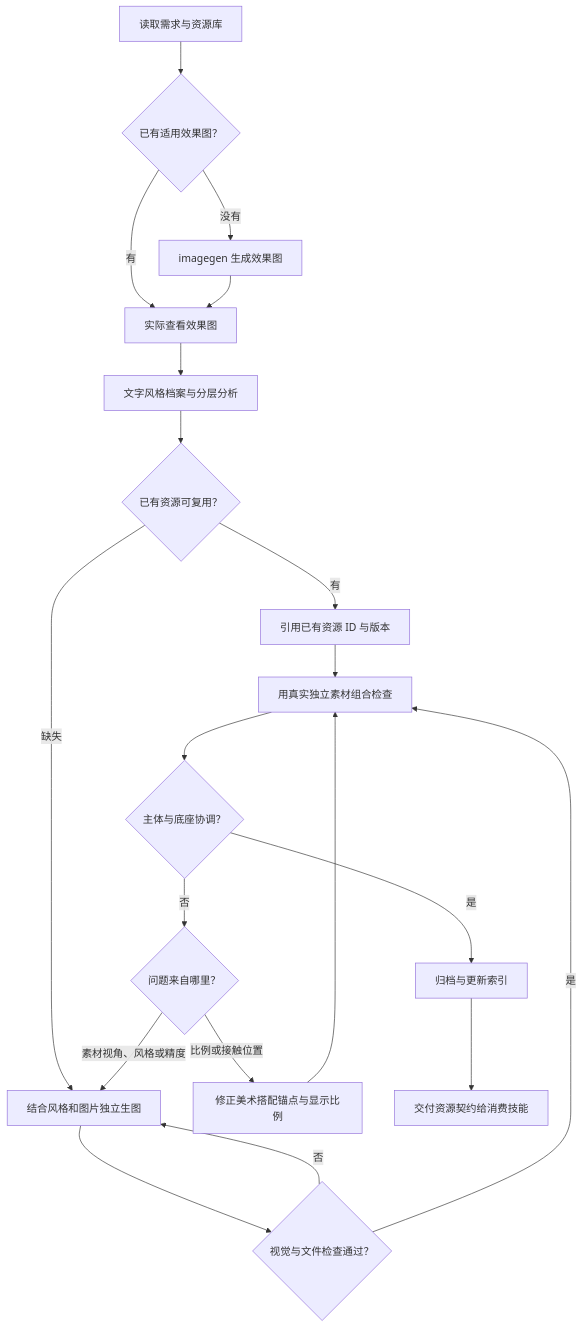
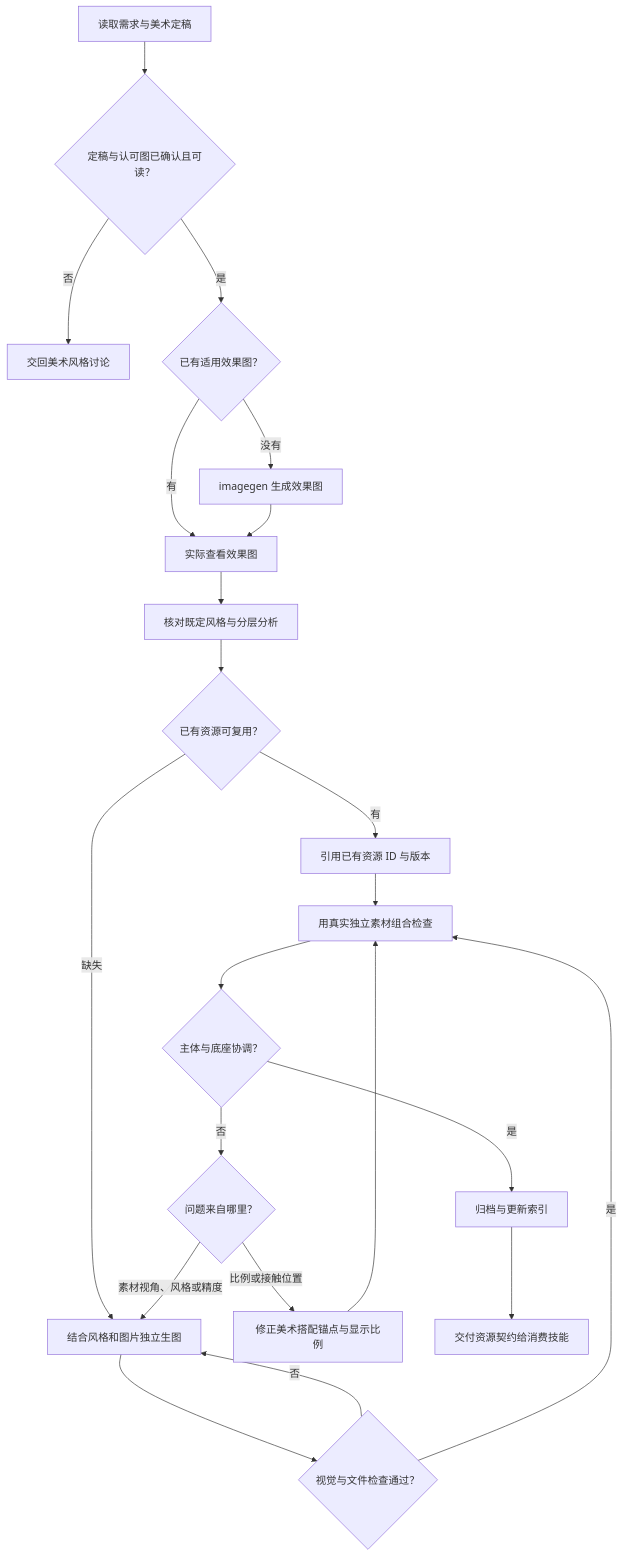
The diagram in game-layered-art/SKILL.md (229196637/game-development-skills), drawn with Mermaid before and after one commit. The commit also changed other lines of this file and 55 other files, not shown here.

Commit message:
Add game art style discussion and confirmed direction handoff

````diff
--- a/game-layered-art/SKILL.md
+++ b/game-layered-art/SKILL.md
@@ -11,29 +13,33 @@
 ```mermaid
 flowchart TD
-  A[读取需求与资源库] --> B{已有适用效果图？}
+  A[读取需求与美术定稿] --> Ready{定稿与认可图已确认且可读？}
+  Ready -->|否| Talk[交回美术风格讨论]
+  Ready -->|是| B{已有适用效果图？}
   B -->|没有| C[imagegen 生成效果图]
   B -->|有| D[实际查看效果图]
   C --> D
-  D --> E[文字风格档案与分层分析]
+  D --> E[核对既定风格与分层分析]
   E --> F{已有资源可复用？}
   F -->|有| G[引用已有资源 ID 与版本]
   F -->|缺失| H[结合风格和图片独立生图]
   H --> I{视觉与文件检查通过？}
   I -->|否| H
   I -->|是| P[用真实独立素材组合检查]
   G --> P
   P --> Q{主体与底座协调？}
   Q -->|是| J[归档与更新索引]
   Q -->|否| R{问题来自哪里？}
   R -->|比例或接触位置| T[修正美术搭配锚点与显示比例]
   T --> P
   R -->|素材视角、风格或精度| H
   J --> K[交付资源契约给消费技能]
   click E "references/style.md"
+  click A "../game-art-style-discussion/references/direction-contract.md"
+  click Talk "../game-art-style-discussion/SKILL.md"
   click F "references/resources.md"
   click H "references/production.md"
   click J "references/tooling.md"
   click P "references/pairing.md"
   click T "references/pairing.md"
   click K "references/resources.md"
 ```
````
